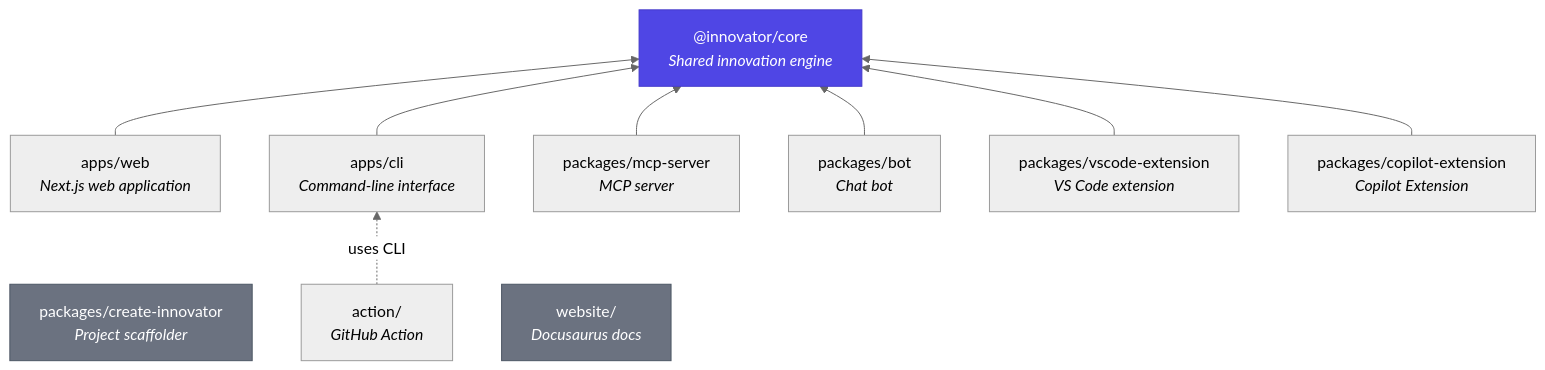
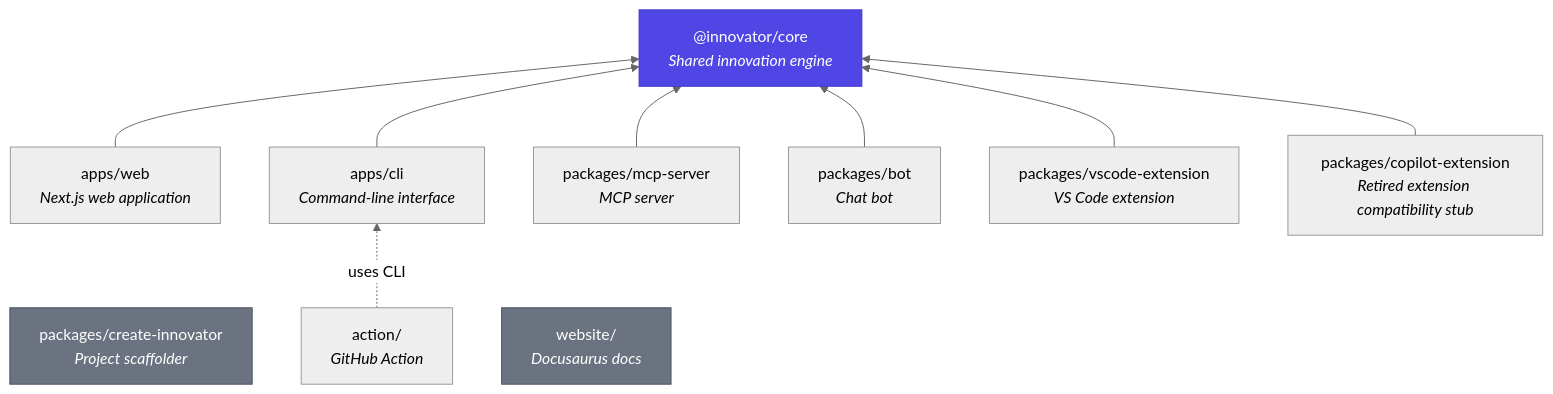
One commit to josedab/innovator changed the first of 9 diagrams in ARCHITECTURE.md. Above: the diagram before and after it, drawn with Mermaid (neutral theme). The commit also changed other lines of this file and 13 other files, not shown here.

````diff
--- a/ARCHITECTURE.md
+++ b/ARCHITECTURE.md
@@ -7,26 +7,26 @@
 ```mermaid
 graph BT
   core["@innovator/core<br/><i>Shared innovation engine</i>"]
 
   web["apps/web<br/><i>Next.js web application</i>"]
   cli["apps/cli<br/><i>Command-line interface</i>"]
   mcp["packages/mcp-server<br/><i>MCP server</i>"]
   bot["packages/bot<br/><i>Chat bot</i>"]
   vscode["packages/vscode-extension<br/><i>VS Code extension</i>"]
-  copilot["packages/copilot-extension<br/><i>Copilot Extension</i>"]
+  copilot["packages/copilot-extension<br/><i>Retired extension compatibility stub</i>"]
   create["packages/create-innovator<br/><i>Project scaffolder</i>"]
   action["action/<br/><i>GitHub Action</i>"]
   website["website/<br/><i>Docusaurus docs</i>"]
 
   web --> core
   cli --> core
   mcp --> core
   bot --> core
   vscode --> core
   copilot --> core
   action -.->|uses CLI| cli
 
   style core fill:#4f46e5,color:#fff,stroke:#4338ca
   style website fill:#6b7280,color:#fff,stroke:#4b5563
   style create fill:#6b7280,color:#fff,stroke:#4b5563
 ```
````
